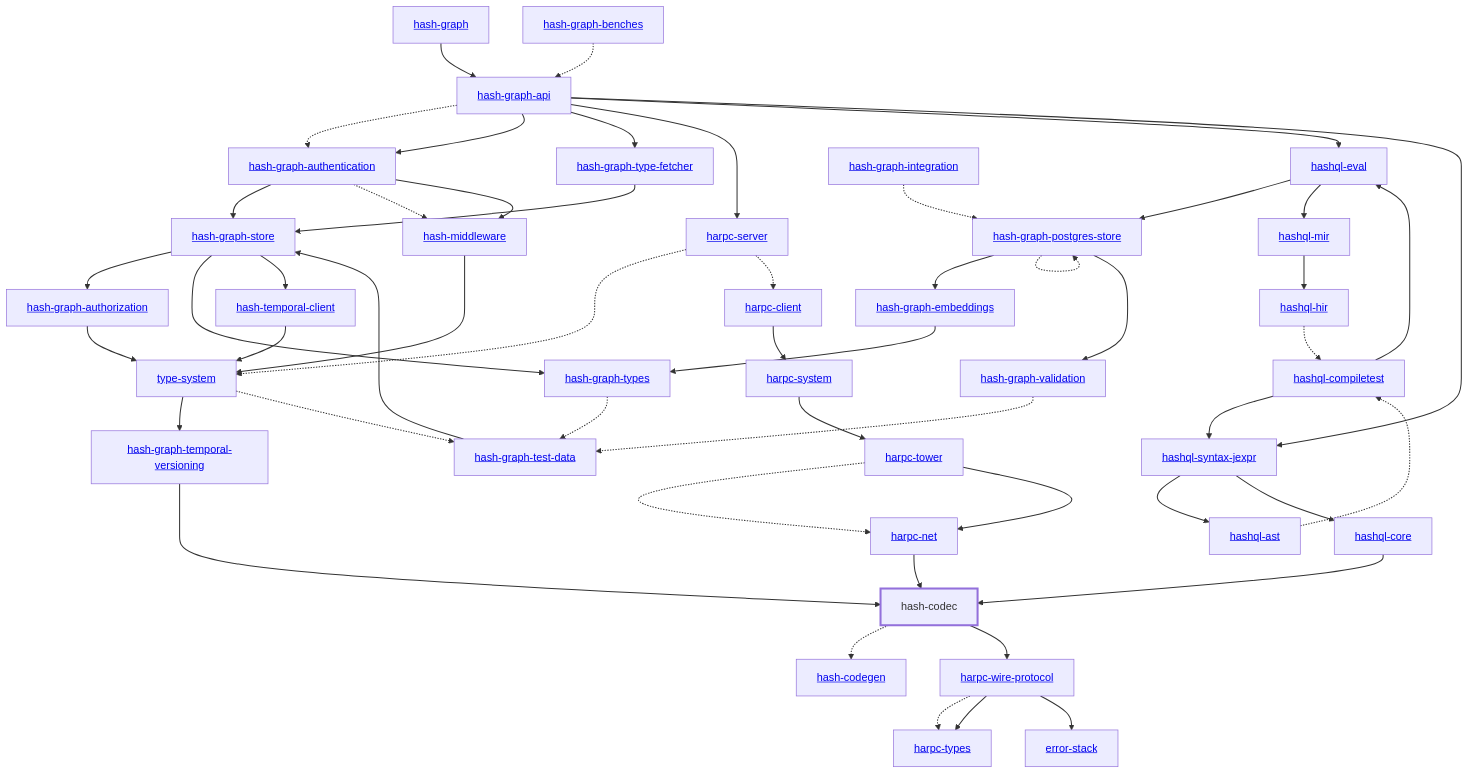
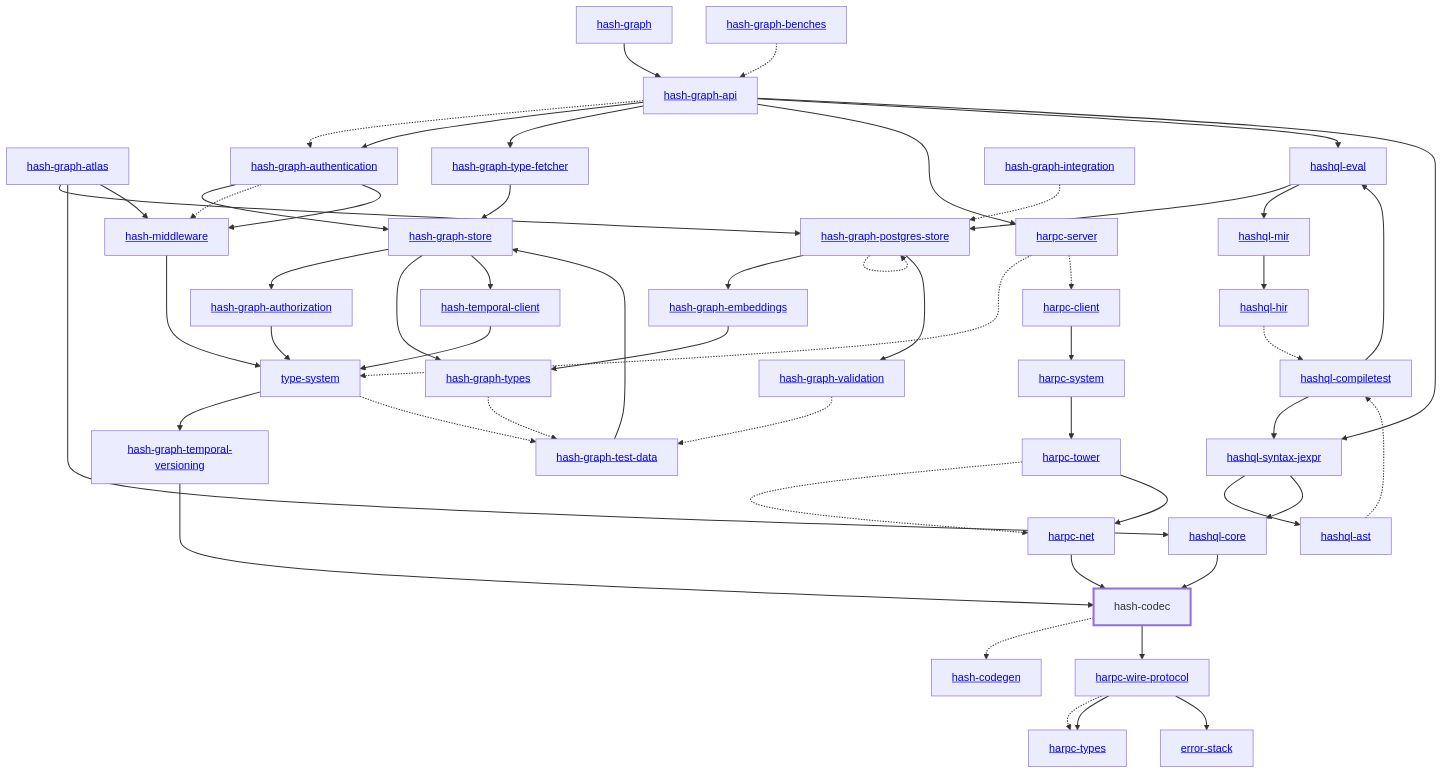
One commit to hashintel/hash changed the diagram in libs/@local/codec/rust/docs/dependency-diagram.mmd. Above: the diagram before and after it, drawn with Mermaid. The commit also changed 647 other files, not shown here.

Commit message:
BE-782: Fit 2D semantic maps over graph entities and serve them as tiles (#9305)

```diff
--- a/libs/@local/codec/rust/docs/dependency-diagram.mmd
+++ b/libs/@local/codec/rust/docs/dependency-diagram.mmd
@@ -1,96 +1,100 @@
 graph TD
     linkStyle default stroke-width:1.5px
     classDef default stroke-width:1px
     classDef root stroke-width:3px
     classDef dev stroke-width:1px
     classDef build stroke-width:1px
     %% Legend
     %% --> : Normal dependency
     %% -.-> : Dev dependency
     %% ---> : Build dependency
     0[<a href="../hash_graph/index.html">hash-graph</a>]
     1[<a href="../type_system/index.html">type-system</a>]
     2[hash-codec]
     class 2 root
     3[<a href="../hash_codegen/index.html">hash-codegen</a>]
     4[<a href="../hash_graph_api/index.html">hash-graph-api</a>]
-    5[<a href="../hash_graph_authentication/index.html">hash-graph-authentication</a>]
-    6[<a href="../hash_graph_authorization/index.html">hash-graph-authorization</a>]
-    7[<a href="../hash_graph_embeddings/index.html">hash-graph-embeddings</a>]
-    8[<a href="../hash_graph_postgres_store/index.html">hash-graph-postgres-store</a>]
-    9[<a href="../hash_graph_store/index.html">hash-graph-store</a>]
-    10[<a href="../hash_graph_temporal_versioning/index.html">hash-graph-temporal-versioning</a>]
-    11[<a href="../hash_graph_type_fetcher/index.html">hash-graph-type-fetcher</a>]
-    12[<a href="../hash_graph_types/index.html">hash-graph-types</a>]
-    13[<a href="../hash_graph_validation/index.html">hash-graph-validation</a>]
-    14[<a href="../harpc_client/index.html">harpc-client</a>]
-    15[<a href="../harpc_net/index.html">harpc-net</a>]
-    16[<a href="../harpc_server/index.html">harpc-server</a>]
-    17[<a href="../harpc_system/index.html">harpc-system</a>]
-    18[<a href="../harpc_tower/index.html">harpc-tower</a>]
-    19[<a href="../harpc_types/index.html">harpc-types</a>]
-    20[<a href="../harpc_wire_protocol/index.html">harpc-wire-protocol</a>]
-    21[<a href="../hashql_ast/index.html">hashql-ast</a>]
-    22[<a href="../hashql_compiletest/index.html">hashql-compiletest</a>]
-    23[<a href="../hashql_core/index.html">hashql-core</a>]
-    24[<a href="../hashql_eval/index.html">hashql-eval</a>]
-    25[<a href="../hashql_hir/index.html">hashql-hir</a>]
-    26[<a href="../hashql_mir/index.html">hashql-mir</a>]
-    27[<a href="../hashql_syntax_jexpr/index.html">hashql-syntax-jexpr</a>]
-    28[<a href="../hash_middleware/index.html">hash-middleware</a>]
-    29[<a href="../hash_temporal_client/index.html">hash-temporal-client</a>]
-    30[<a href="../error_stack/index.html">error-stack</a>]
-    31[<a href="../hash_graph_benches/index.html">hash-graph-benches</a>]
-    32[<a href="../hash_graph_integration/index.html">hash-graph-integration</a>]
-    33[<a href="../hash_graph_test_data/index.html">hash-graph-test-data</a>]
+    5[<a href="../hash_graph_atlas/index.html">hash-graph-atlas</a>]
+    6[<a href="../hash_graph_authentication/index.html">hash-graph-authentication</a>]
+    7[<a href="../hash_graph_authorization/index.html">hash-graph-authorization</a>]
+    8[<a href="../hash_graph_embeddings/index.html">hash-graph-embeddings</a>]
+    9[<a href="../hash_graph_postgres_store/index.html">hash-graph-postgres-store</a>]
+    10[<a href="../hash_graph_store/index.html">hash-graph-store</a>]
+    11[<a href="../hash_graph_temporal_versioning/index.html">hash-graph-temporal-versioning</a>]
+    12[<a href="../hash_graph_type_fetcher/index.html">hash-graph-type-fetcher</a>]
+    13[<a href="../hash_graph_types/index.html">hash-graph-types</a>]
+    14[<a href="../hash_graph_validation/index.html">hash-graph-validation</a>]
+    15[<a href="../harpc_client/index.html">harpc-client</a>]
+    16[<a href="../harpc_net/index.html">harpc-net</a>]
+    17[<a href="../harpc_server/index.html">harpc-server</a>]
+    18[<a href="../harpc_system/index.html">harpc-system</a>]
+    19[<a href="../harpc_tower/index.html">harpc-tower</a>]
+    20[<a href="../harpc_types/index.html">harpc-types</a>]
+    21[<a href="../harpc_wire_protocol/index.html">harpc-wire-protocol</a>]
+    22[<a href="../hashql_ast/index.html">hashql-ast</a>]
+    23[<a href="../hashql_compiletest/index.html">hashql-compiletest</a>]
+    24[<a href="../hashql_core/index.html">hashql-core</a>]
+    25[<a href="../hashql_eval/index.html">hashql-eval</a>]
+    26[<a href="../hashql_hir/index.html">hashql-hir</a>]
+    27[<a href="../hashql_mir/index.html">hashql-mir</a>]
+    28[<a href="../hashql_syntax_jexpr/index.html">hashql-syntax-jexpr</a>]
+    29[<a href="../hash_middleware/index.html">hash-middleware</a>]
+    30[<a href="../hash_temporal_client/index.html">hash-temporal-client</a>]
+    31[<a href="../error_stack/index.html">error-stack</a>]
+    32[<a href="../hash_graph_benches/index.html">hash-graph-benches</a>]
+    33[<a href="../hash_graph_integration/index.html">hash-graph-integration</a>]
+    34[<a href="../hash_graph_test_data/index.html">hash-graph-test-data</a>]
     0 --> 4
-    1 --> 10
-    1 -.-> 33
+    1 --> 11
+    1 -.-> 34
     2 -.-> 3
-    2 --> 20
-    4 -.-> 5
-    4 --> 5
-    4 --> 11
-    4 --> 16
-    4 --> 24
-    4 --> 27
+    2 --> 21
+    4 -.-> 6
+    4 --> 6
+    4 --> 12
+    4 --> 17
+    4 --> 25
+    4 --> 28
     5 --> 9
-    5 -.-> 28
-    5 --> 28
-    6 --> 1
-    7 --> 12
-    8 --> 7
-    8 -.-> 8
+    5 --> 24
+    5 --> 29
+    6 --> 10
+    6 -.-> 29
+    6 --> 29
+    7 --> 1
     8 --> 13
-    9 --> 6
-    9 --> 12
-    9 --> 29
-    10 --> 2
-    11 --> 9
-    12 -.-> 33
-    13 -.-> 33
-    14 --> 17
-    15 --> 2
-    16 -.-> 1
-    16 -.-> 14
-    17 --> 18
-    18 -.-> 15
-    18 --> 15
-    20 -.-> 19
-    20 --> 19
-    20 --> 30
-    21 -.-> 22
-    22 --> 24
-    22 --> 27
-    23 --> 2
-    24 --> 8
-    24 --> 26
-    25 -.-> 22
-    26 --> 25
-    27 --> 21
-    27 --> 23
-    28 --> 1
+    9 --> 8
+    9 -.-> 9
+    9 --> 14
+    10 --> 7
+    10 --> 13
+    10 --> 30
+    11 --> 2
+    12 --> 10
+    13 -.-> 34
+    14 -.-> 34
+    15 --> 18
+    16 --> 2
+    17 -.-> 1
+    17 -.-> 15
+    18 --> 19
+    19 -.-> 16
+    19 --> 16
+    21 -.-> 20
+    21 --> 20
+    21 --> 31
+    22 -.-> 23
+    23 --> 25
+    23 --> 28
+    24 --> 2
+    25 --> 9
+    25 --> 27
+    26 -.-> 23
+    27 --> 26
+    28 --> 22
+    28 --> 24
     29 --> 1
-    31 -.-> 4
-    32 -.-> 8
-    33 --> 9
+    30 --> 1
+    32 -.-> 4
+    33 -.-> 9
+    34 --> 10
```
